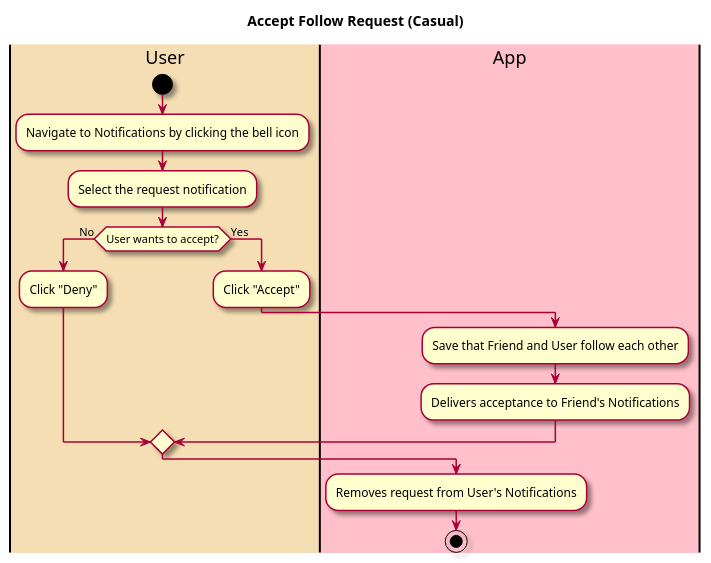
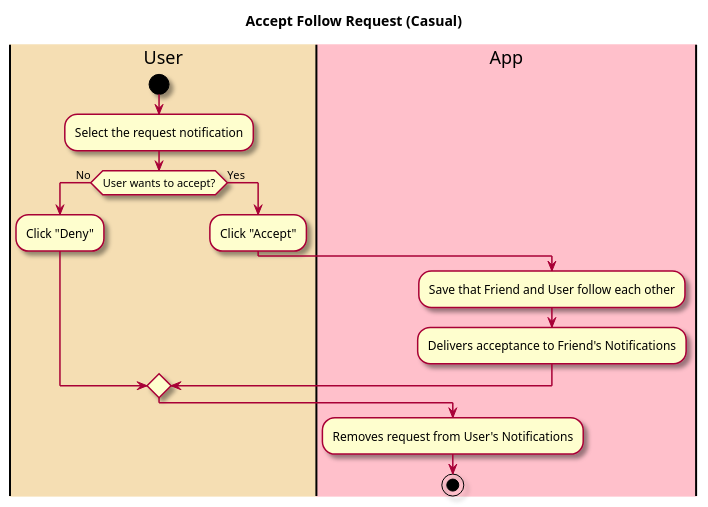
The diagram in intellij/doc/use_cases/accept-follow-request.md (tanwasp/LunchBox-Android), drawn with PlantUML before and after one commit. The commit also changed other lines of this file and 12 other files, not shown here.

````diff
--- a/intellij/doc/use_cases/accept-follow-request.md
+++ b/intellij/doc/use_cases/accept-follow-request.md
@@ -23,27 +24,26 @@
 ```plantuml
 @startuml
 
 skin rose
 
 title Accept Follow Request (Casual)
 
 |#wheat|User|
 |#pink|App|
 
 |User|
 start
-:Navigate to Notifications by clicking the bell icon;
 :Select the request notification;
 if (User wants to accept?) is (No) then 
 :Click "Deny";
 else (Yes)
 :Click "Accept";
 |App|
 :Save that Friend and User follow each other;
 :Delivers acceptance to Friend's Notifications;
 endif
 :Removes request from User's Notifications;
 
 stop
 @enduml
 ```
````
